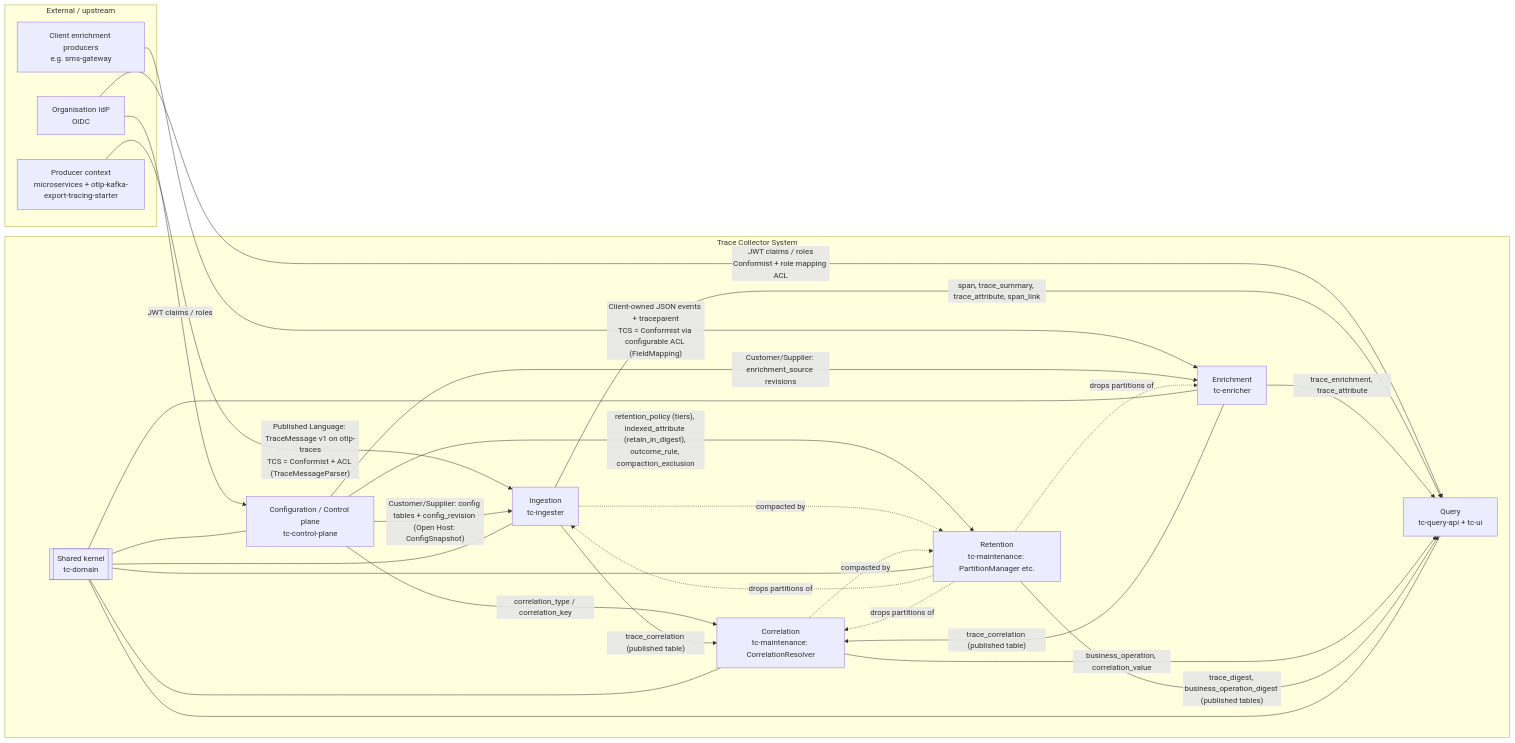
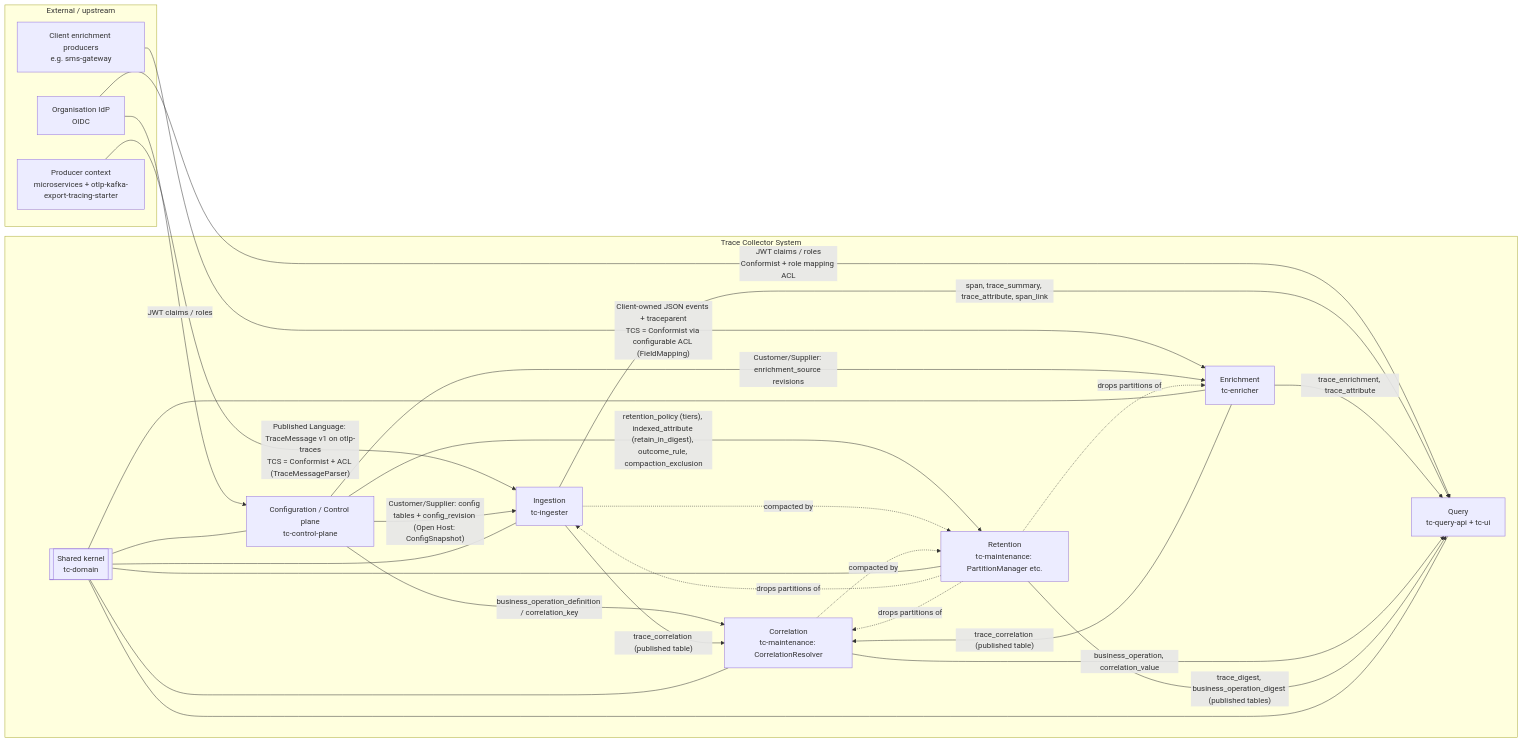
Before and after one commit to aasmc/tracing-system: the first of 9 diagrams in agent/05-domain-model.md, drawn with Mermaid. The commit also changed other lines of this file and 122 other files, not shown here.

````diff
--- a/agent/05-domain-model.md
+++ b/agent/05-domain-model.md
@@ -124,47 +124,47 @@
 ```mermaid
 flowchart LR
     subgraph EXT["External / upstream"]
         PROD["Producer context<br/>microservices + otlp-kafka-export-tracing-starter"]
         CLI["Client enrichment producers<br/>e.g. sms-gateway"]
         IDP["Organisation IdP<br/>OIDC"]
     end
 
     subgraph TCS["Trace Collector System"]
         ING["Ingestion<br/>tc-ingester"]
         ENR["Enrichment<br/>tc-enricher"]
         COR["Correlation<br/>tc-maintenance: CorrelationResolver"]
         QRY["Query<br/>tc-query-api + tc-ui"]
         CFG["Configuration / Control plane<br/>tc-control-plane"]
         RET["Retention<br/>tc-maintenance: PartitionManager etc."]
         SK[["Shared kernel<br/>tc-domain"]]
     end
 
     PROD -- "Published Language: TraceMessage v1 on otlp-traces<br/>TCS = Conformist + ACL (TraceMessageParser)" --> ING
     CLI -- "Client-owned JSON events + traceparent<br/>TCS = Conformist via configurable ACL (FieldMapping)" --> ENR
     IDP -- "JWT claims / roles<br/>Conformist + role mapping ACL" --> QRY
     IDP -- "JWT claims / roles" --> CFG
 
     CFG -- "Customer/Supplier: config tables + config_revision (Open Host: ConfigSnapshot)" --> ING
     CFG -- "Customer/Supplier: enrichment_source revisions" --> ENR
-    CFG -- "correlation_type / correlation_key" --> COR
+    CFG -- "business_operation_definition / correlation_key" --> COR
     CFG -- "retention_policy (tiers), indexed_attribute (retain_in_digest), outcome_rule, compaction_exclusion" --> RET
 
     ING -- "trace_correlation (published table)" --> COR
     ENR -- "trace_correlation (published table)" --> COR
     ING -- "span, trace_summary, trace_attribute, span_link" --> QRY
     ENR -- "trace_enrichment, trace_attribute" --> QRY
     COR -- "business_operation, correlation_value" --> QRY
     RET -- "trace_digest, business_operation_digest (published tables)" --> QRY
     ING -. "compacted by" .-> RET
     COR -. "compacted by" .-> RET
     RET -. "drops partitions of" .-> ING
     RET -. "drops partitions of" .-> ENR
     RET -. "drops partitions of" .-> COR
 
     SK --- ING
     SK --- ENR
     SK --- COR
     SK --- QRY
     SK --- CFG
     SK --- RET
 ```
````
